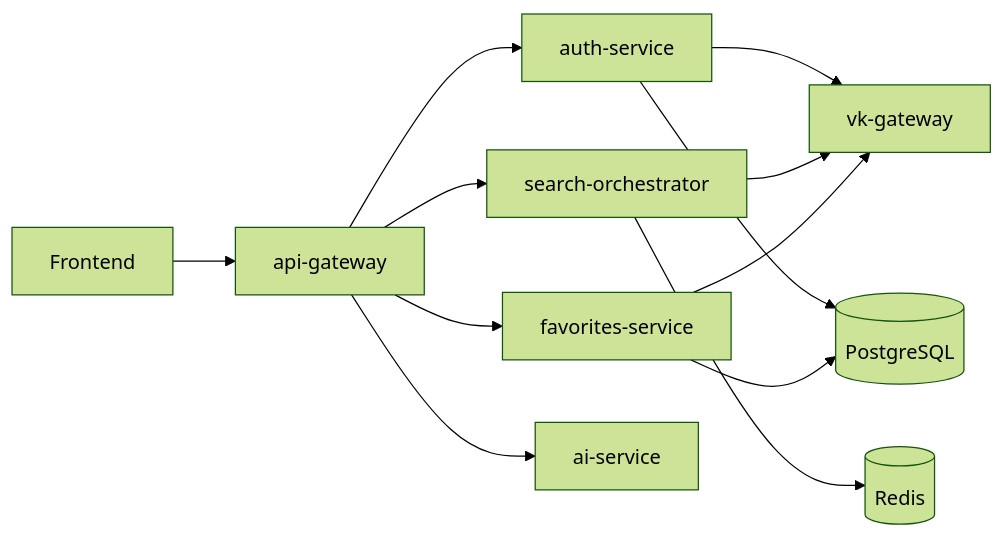
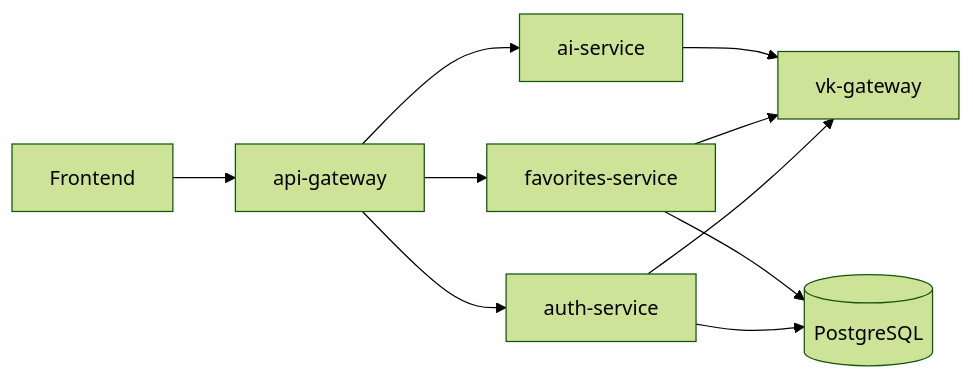
The diagram in AGENTS.md (grachevelloper/findNmeet-back), drawn with Mermaid (forest theme) before and after one commit. The commit also changed other lines of this file and 33 other files, not shown here.

````diff
--- a/AGENTS.md
+++ b/AGENTS.md
@@ -39,14 +38,12 @@
 ```mermaid
 flowchart LR
     FE[Frontend] --> GW[api-gateway]
     GW --> AUTH[auth-service]
-    GW --> SEARCH[search-orchestrator]
     GW --> FAV[favorites-service]
     GW --> AI[ai-service]
     AUTH --> VKG[vk-gateway]
-    SEARCH --> VKG
     FAV --> VKG
+    AI --> VKG
     AUTH --> PG[(PostgreSQL)]
     FAV --> PG
-    SEARCH --> REDIS[(Redis)]
 ```
````
